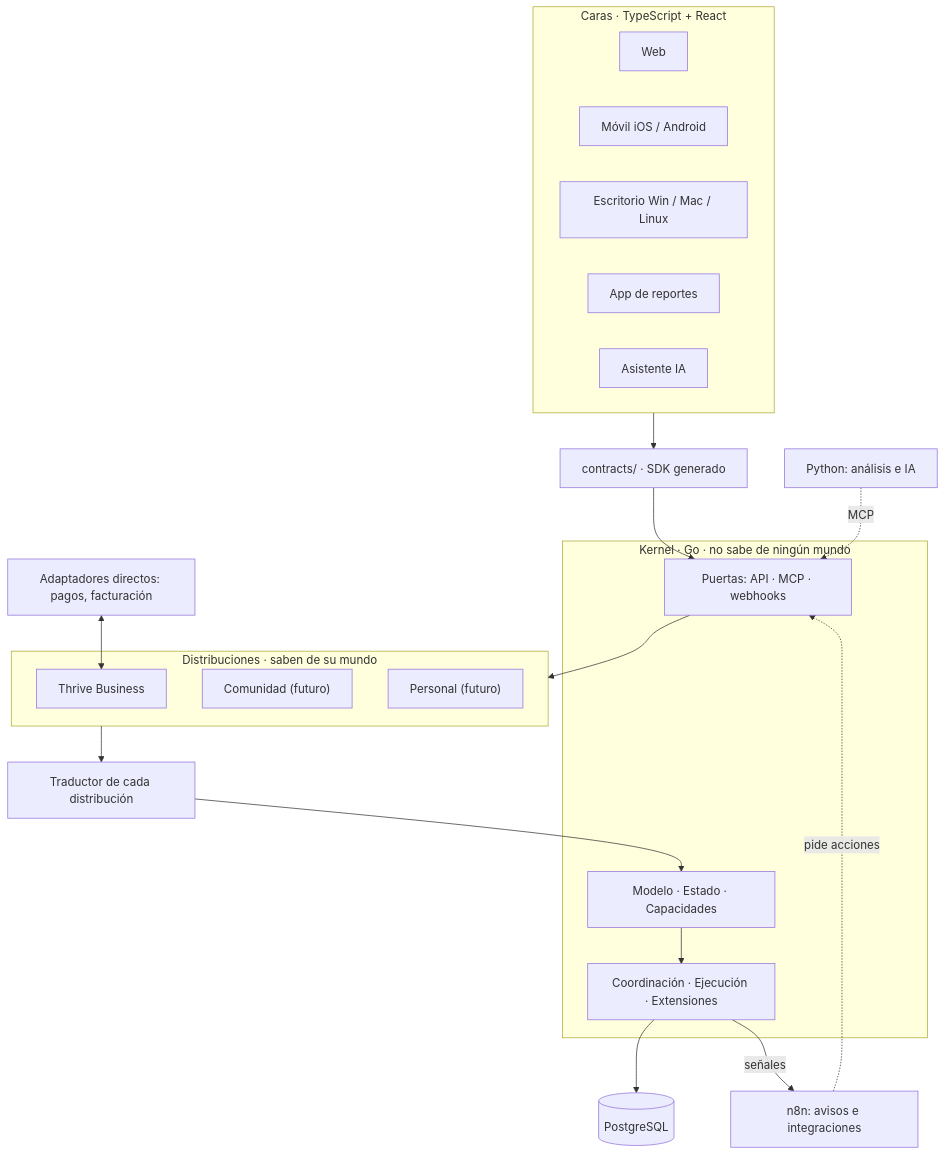
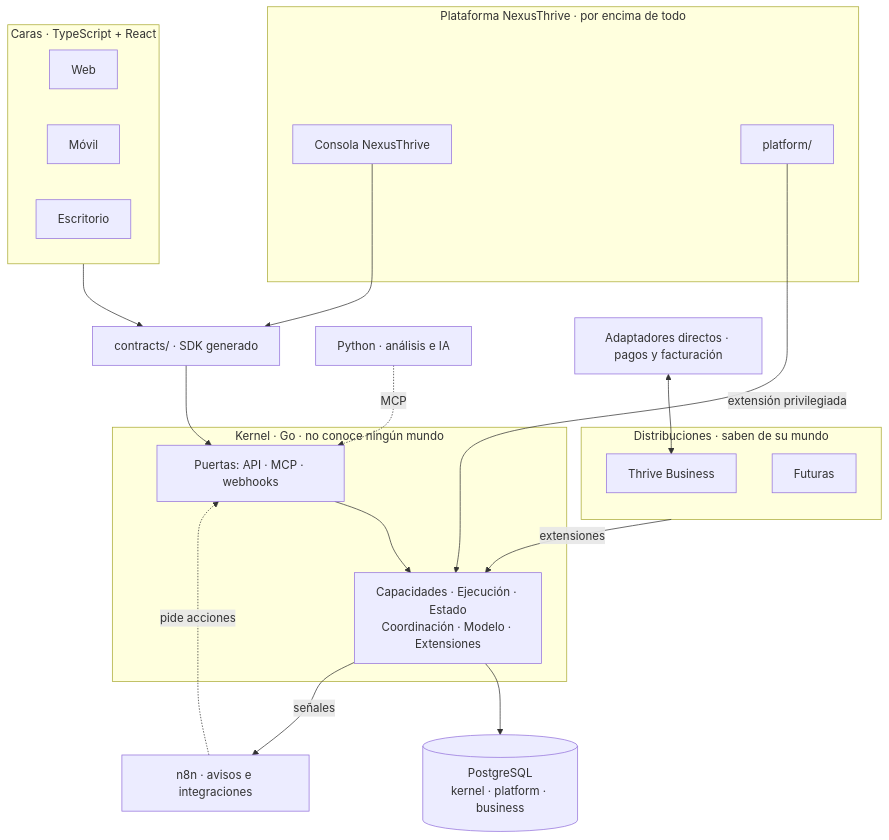
Before and after one commit to NexusThrive/nexusthrive: the diagram in docs/02-arquitectura/vision-general.md, drawn with Mermaid. The commit also changed other lines of this file and 130 other files, not shown here.

First line of the commit message:
docs: restructure monorepo and document the NexusThrive base

````diff
--- a/docs/02-arquitectura/vision-general.md
+++ b/docs/02-arquitectura/vision-general.md
@@ -5,42 +15,42 @@
 ```mermaid
 flowchart TB
+    subgraph TOP["Plataforma NexusThrive · por encima de todo"]
+        CON["Consola NexusThrive"]
+        PLT["platform/"]
+    end
+
     subgraph CARAS["Caras · TypeScript + React"]
         WEB["Web"]
-        MOV["Móvil iOS / Android"]
-        ESC["Escritorio Win / Mac / Linux"]
-        REP["App de reportes"]
-        IAC["Asistente IA"]
+        MOB["Móvil"]
+        DSK["Escritorio"]
     end
 
     SDK["contracts/ · SDK generado"]
 
+    subgraph K["Kernel · Go · no conoce ningún mundo"]
+        GW["Puertas: API · MCP · webhooks"]
+        CORE["Capacidades · Ejecución · Estado<br/>Coordinación · Modelo · Extensiones"]
+    end
+
     subgraph DIST["Distribuciones · saben de su mundo"]
         BUS["Thrive Business"]
-        COM["Comunidad (futuro)"]
-        PER["Personal (futuro)"]
+        FUT["Futuras"]
     end
 
-    TR["Traductor de cada distribución"]
+    PG[("PostgreSQL<br/>kernel · platform · business")]
+    N8N["n8n · avisos e integraciones"]
+    AI["Python · análisis e IA"]
+    ADP["Adaptadores directos · pagos y facturación"]
 
-    subgraph KERNEL["Kernel · Go · no sabe de ningún mundo"]
-        PUE["Puertas: API · MCP · webhooks"]
-        MOD["Modelo · Estado · Capacidades"]
-        COO["Coordinación · Ejecución · Extensiones"]
-    end
-
-    PG[("PostgreSQL")]
-
-    PAY["Adaptadores directos: pagos, facturación"]
-    N8N["n8n: avisos e integraciones"]
-    PY["Python: análisis e IA"]
-
-    CARAS --> SDK --> PUE
-    PUE --> DIST
-    DIST --> TR --> MOD
-    MOD --> COO
-    COO --> PG
-    PAY <--> BUS
-    COO -->|"señales"| N8N
-    N8N -.->|"pide acciones"| PUE
-    PY -.->|"MCP"| PUE
+    CON --> SDK
+    CARAS --> SDK
+    SDK --> GW
+    GW --> CORE
+    PLT -->|"extensión privilegiada"| CORE
+    DIST -->|"extensiones"| CORE
+    CORE --> PG
+    CORE -->|"señales"| N8N
+    N8N -.->|"pide acciones"| GW
+    AI -.->|"MCP"| GW
+    ADP <--> BUS
 ```
````
